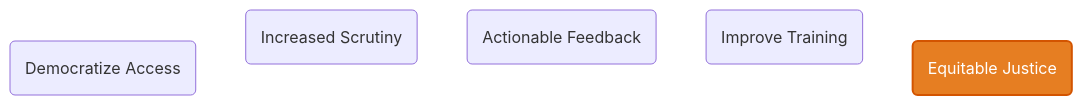
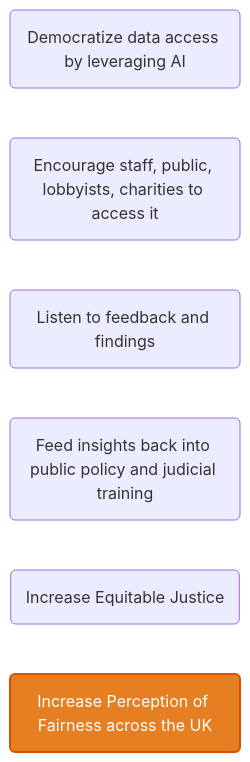
The diagram in src/slide_7.md (robertsweetman/data-strategy-presentation), drawn with Mermaid before and after one commit. The commit also changed other lines of this file and 3 other files, not shown here.

````diff
--- a/src/slide_7.md
+++ b/src/slide_7.md
@@ -3,11 +3,18 @@
 ```mermaid
-flowchart LR
-    A(Democratize Access) --> B(Increased Scrutiny)
-    B --> C(Actionable Feedback)
-    C --> D(Improve Training)
-    D --> E(Equitable Justice)
-    E --> A
+flowchart TD
+  A(Democratize data access by leveraging AI)
+  B(Encourage staff, public, lobbyists, charities to access it)
+  C(Listen to feedback and findings)
+  D(Feed insights back into public policy and judicial training)
+  E(Increase Equitable Justice)
+  F(Increase Perception of Fairness across the UK)
 
-    style E fill:#e67e22,stroke:#d35400,color:white,stroke-width:2px
-    linkStyle 0,1,2,3,4 stroke:#ffffff,stroke-width:2px
+  A --> B
+  B --> C
+  C --> D
+  D --> E
+  E --> F
+
+  style F fill:#e67e22,stroke:#d35400,color:white,stroke-width:2px
+  linkStyle 0,1,2,3,4 stroke:#ffffff,stroke-width:2px
 ```
````
